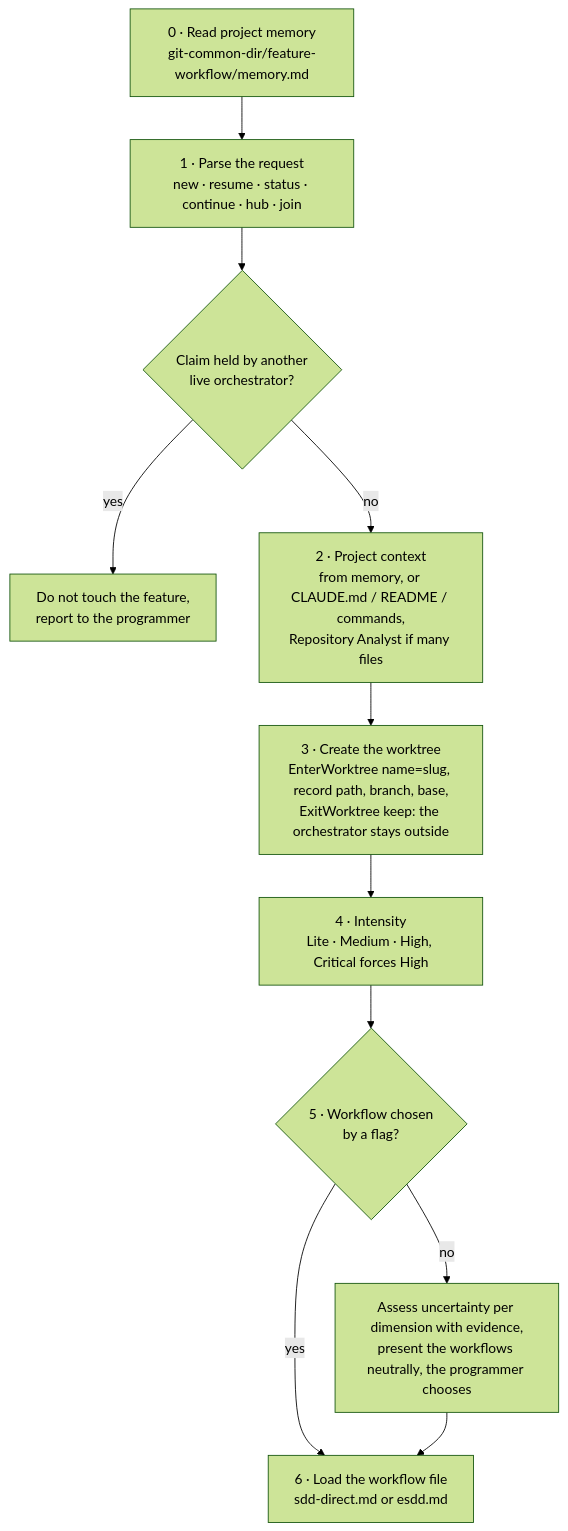
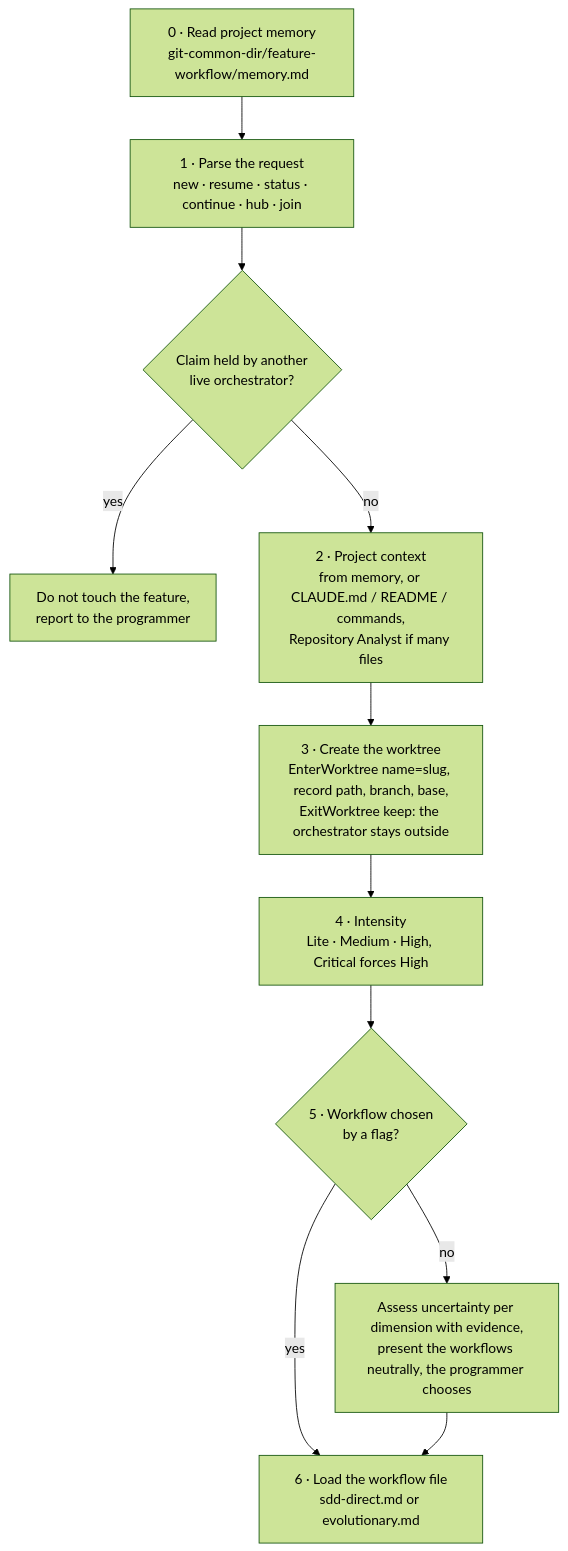
One commit to mariopedemonte12/claude-feature-workflow changed the third of 11 diagrams in docs/architecture.md. Above: the diagram before and after it, drawn with Mermaid (forest theme). The commit also changed other lines of this file and 23 other files, not shown here.

First line of the commit message:
Replace ESDD with Evolutionary Development, without a specification

````diff
--- a/docs/architecture.md
+++ b/docs/architecture.md
@@ -120,13 +120,13 @@
 ```mermaid
 flowchart TB
     S0["0 · Read project memory<br/>git-common-dir/feature-workflow/memory.md"] --> S1["1 · Parse the request<br/>new · resume · status · continue · hub · join"]
     S1 --> CL{"Claim held by another<br/>live orchestrator?"}
     CL -->|"yes"| STOP["Do not touch the feature,<br/>report to the programmer"]
     CL -->|"no"| S2["2 · Project context<br/>from memory, or CLAUDE.md / README / commands,<br/>Repository Analyst if many files"]
     S2 --> S3["3 · Create the worktree<br/>EnterWorktree name=slug, record path, branch, base,<br/>ExitWorktree keep: the orchestrator stays outside"]
     S3 --> S4["4 · Intensity<br/>Lite · Medium · High, Critical forces High"]
     S4 --> S5{"5 · Workflow chosen<br/>by a flag?"}
     S5 -->|"no"| S5b["Assess uncertainty per dimension with evidence,<br/>present the workflows neutrally, the programmer chooses"]
     S5 -->|"yes"| S6
-    S5b --> S6["6 · Load the workflow file<br/>sdd-direct.md or esdd.md"]
+    S5b --> S6["6 · Load the workflow file<br/>sdd-direct.md or evolutionary.md"]
 ```
````
